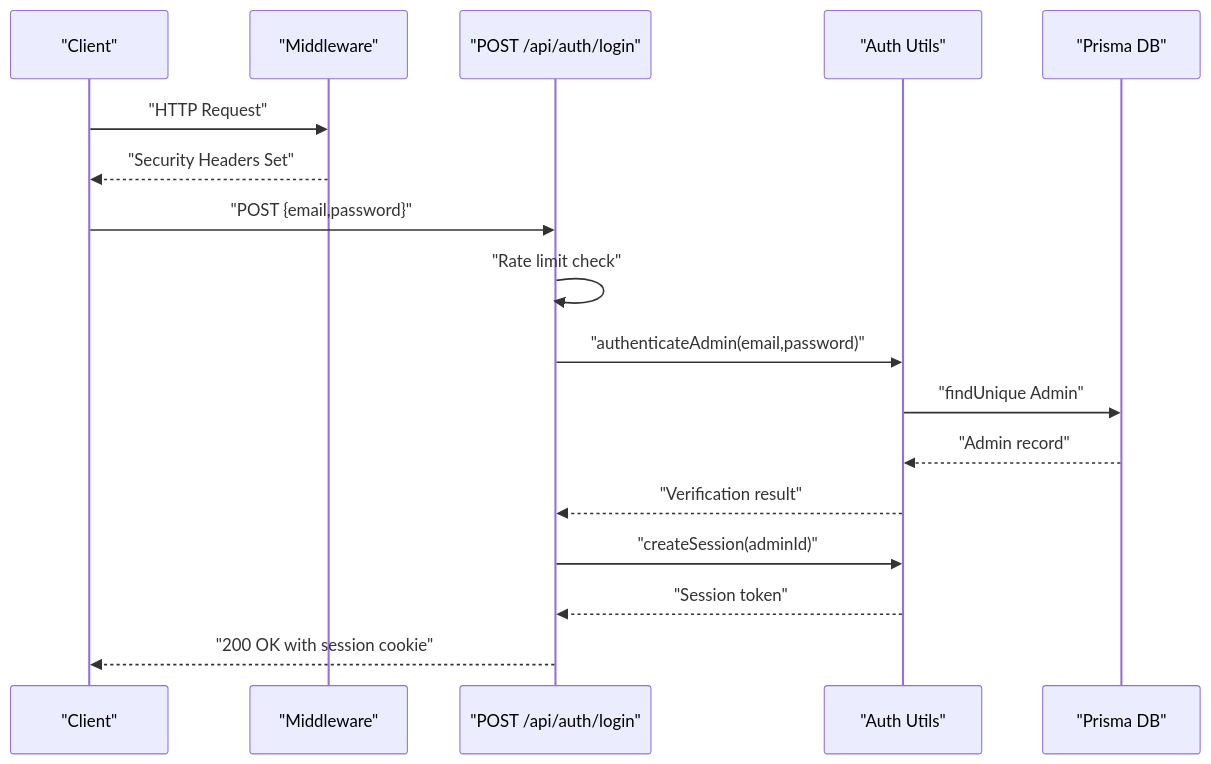
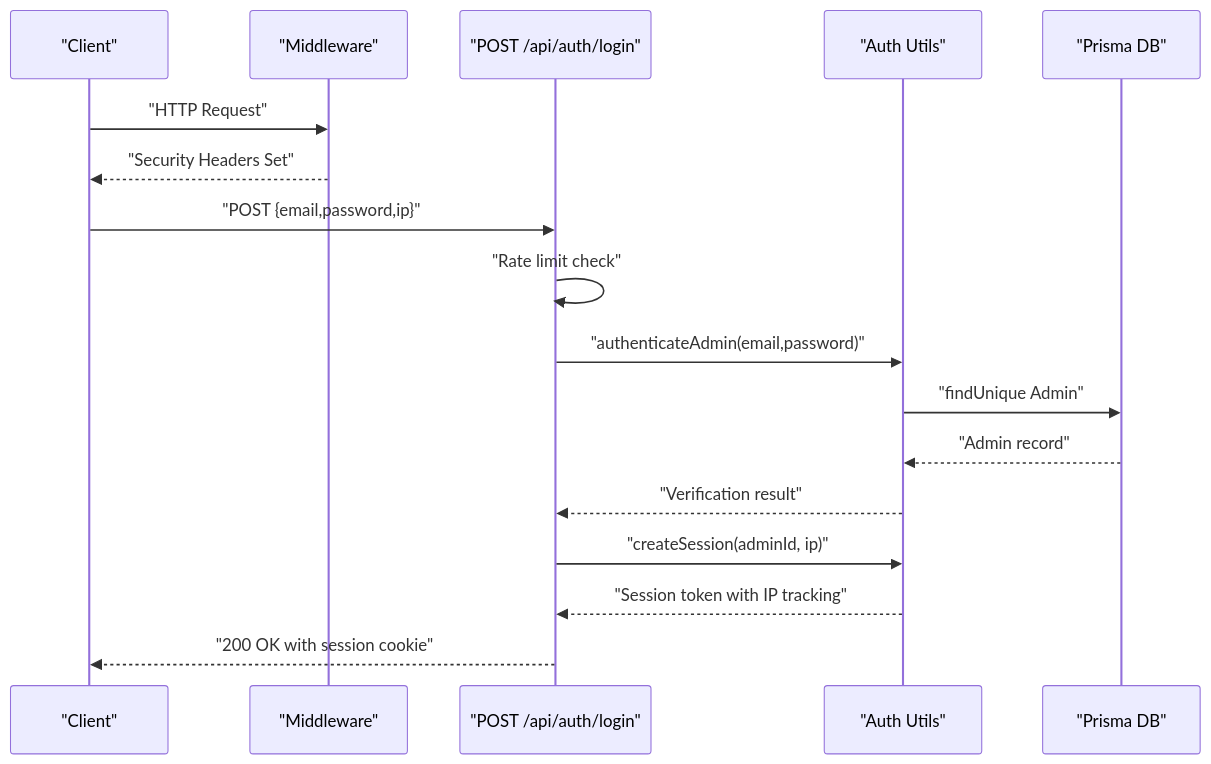
The second of 10 diagrams in .qoder/repowiki/en/content/Security Implementation/Security Implementation.md (xLegarda/GreenAxis), drawn with Mermaid before and after one commit. The commit also changed other lines of this file and 42 other files, not shown here.

````diff
--- a/.qoder/repowiki/en/content/Security Implementation/Security Implementation.md
+++ b/.qoder/repowiki/en/content/Security Implementation/Security Implementation.md
@@ -139,19 +139,19 @@
 ```mermaid
 sequenceDiagram
 participant Client as "Client"
 participant Middleware as "Middleware"
 participant LoginAPI as "POST /api/auth/login"
 participant AuthUtil as "Auth Utils"
 participant DB as "Prisma DB"
 Client->>Middleware : "HTTP Request"
 Middleware-->>Client : "Security Headers Set"
-Client->>LoginAPI : "POST {email,password}"
+Client->>LoginAPI : "POST {email,password,ip}"
 LoginAPI->>LoginAPI : "Rate limit check"
 LoginAPI->>AuthUtil : "authenticateAdmin(email,password)"
 AuthUtil->>DB : "findUnique Admin"
 DB-->>AuthUtil : "Admin record"
 AuthUtil-->>LoginAPI : "Verification result"
-LoginAPI->>AuthUtil : "createSession(adminId)"
-AuthUtil-->>LoginAPI : "Session token"
+LoginAPI->>AuthUtil : "createSession(adminId, ip)"
+AuthUtil-->>LoginAPI : "Session token with IP tracking"
 LoginAPI-->>Client : "200 OK with session cookie"
 ```
````
